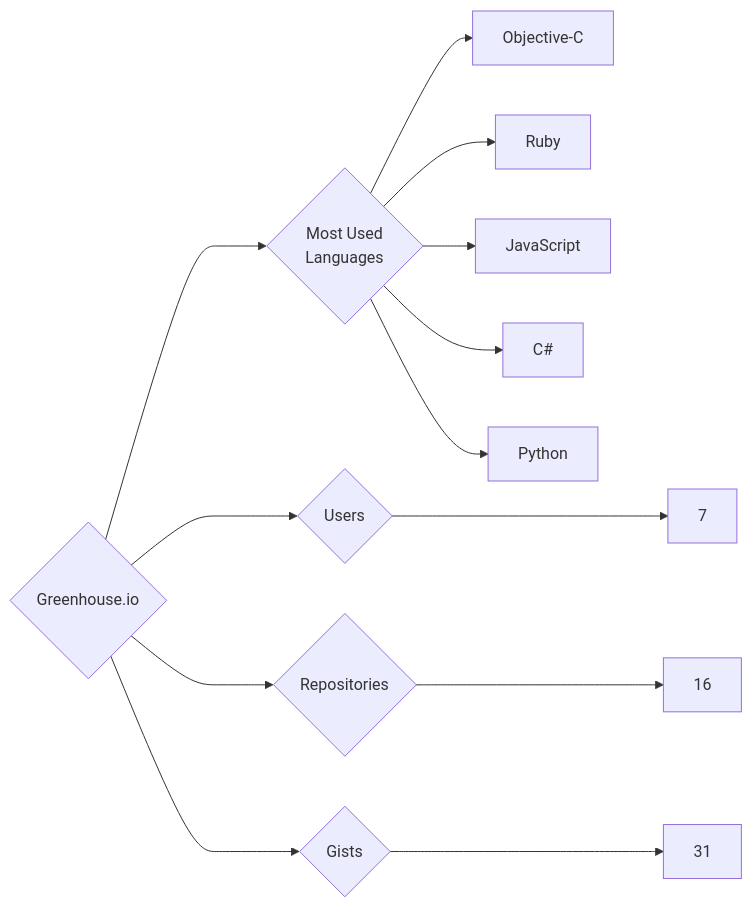
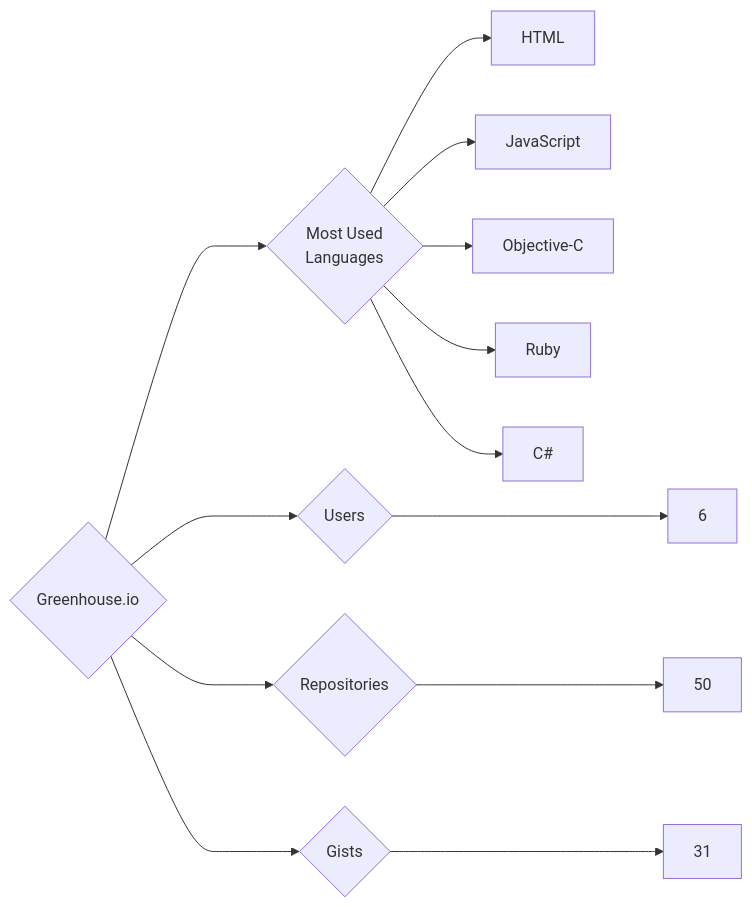
Before and after one commit to trickest/insiders: the diagram in targets/Greenhouse.io/README.md, drawn with Mermaid. The commit also changed 1023 other files, not shown here.

````diff
--- a/targets/Greenhouse.io/README.md
+++ b/targets/Greenhouse.io/README.md
@@ -3,13 +3,13 @@
 ```mermaid
 graph LR
 COMPANY_NAME{Greenhouse.io}
-COMPANY_NAME ---> U{Users} ---> UN[7]
-COMPANY_NAME ---> R{Repositories} ---> RN[16]
+COMPANY_NAME ---> U{Users} ---> UN[6]
+COMPANY_NAME ---> R{Repositories} ---> RN[50]
 COMPANY_NAME ---> G{Gists} ---> GN[31]
 COMPANY_NAME ---> ML{Most Used<br>Languages}
+ML --> HTML[HTML]
+ML --> JavaScript[JavaScript]
 ML --> Objective-C[Objective-C]
 ML --> Ruby[Ruby]
-ML --> JavaScript[JavaScript]
 ML --> C#[C#]
-ML --> Python[Python]
 ```
````
